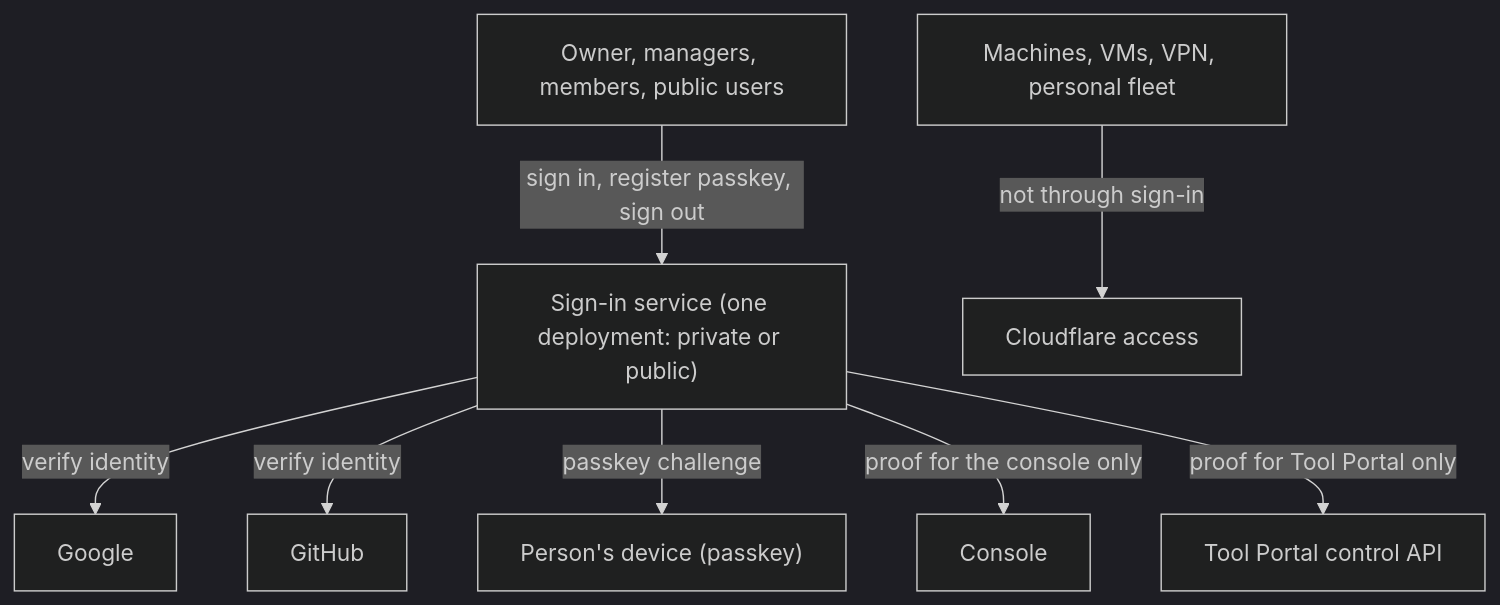
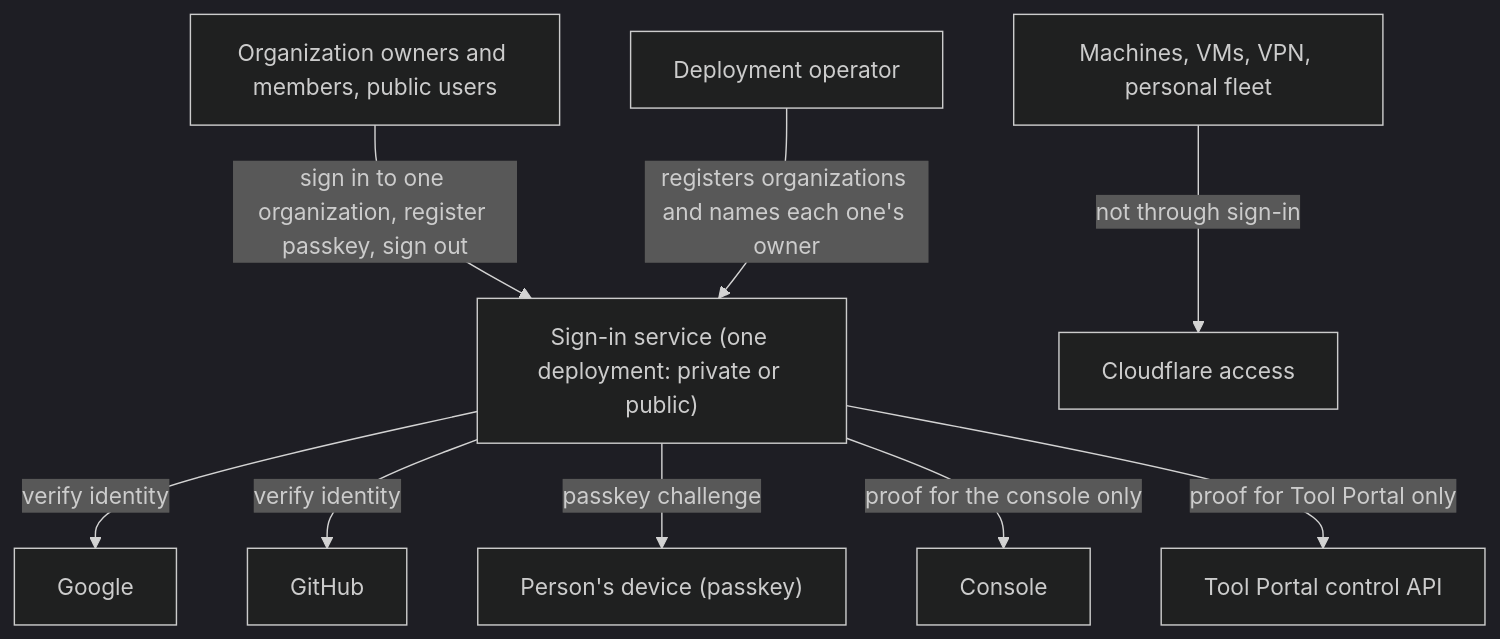
One commit to ShravanSunder/agent-vm changed the first of 2 diagrams in docs/specs/2026-10-20-people-sign-in/2026-10-20-people-sign-in.md. Above: the diagram before and after it, drawn with Mermaid (dark theme). The commit also changed other lines of this file and 9 other files, not shown here.

First line of the commit message:
Sign-in design: people sign in to an organization; each organization's owner and allowlist in its own Durable Object

````diff
--- a/docs/specs/2026-10-20-people-sign-in/2026-10-20-people-sign-in.md
+++ b/docs/specs/2026-10-20-people-sign-in/2026-10-20-people-sign-in.md
@@ -9,19 +9,21 @@
 ```mermaid
 flowchart TB
-  people["Owner, managers, members, public users"]
+  people["Organization owners and members, public users"]
+  operator["Deployment operator"]
   signin["Sign-in service (one deployment: private or public)"]
   google["Google"]
   github["GitHub"]
   device["Person's device (passkey)"]
   console["Console"]
   tp["Tool Portal control API"]
   machines["Machines, VMs, VPN, personal fleet"]
   cf["Cloudflare access"]
-  people -->|sign in, register passkey, sign out| signin
+  people -->|sign in to one organization, register passkey, sign out| signin
+  operator -->|registers organizations and names each one's owner| signin
   signin -->|verify identity| google
   signin -->|verify identity| github
   signin -->|passkey challenge| device
   signin -->|proof for the console only| console
   signin -->|proof for Tool Portal only| tp
   machines -->|not through sign-in| cf
 ```
````
